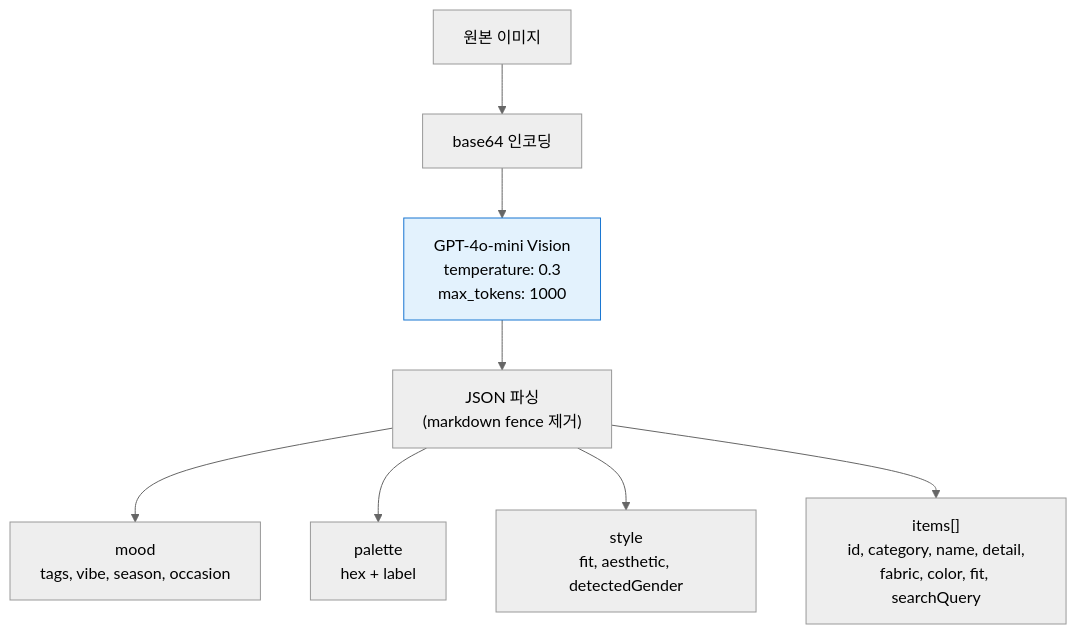
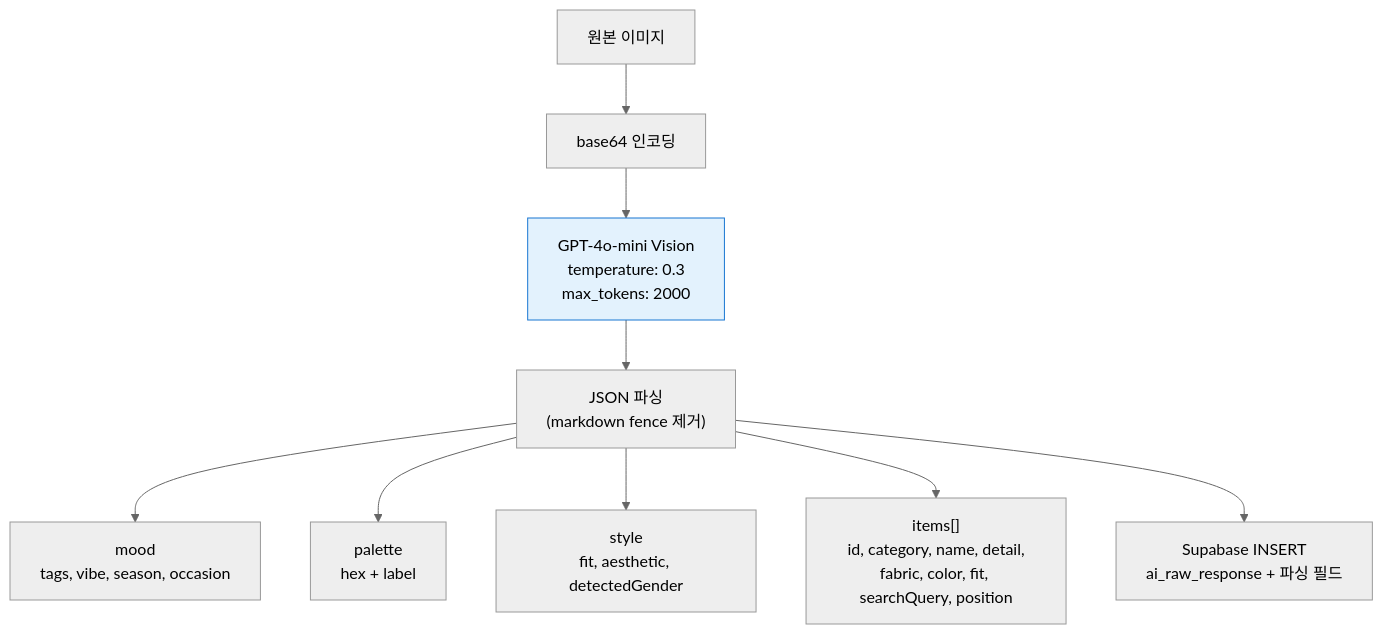
The third of 5 diagrams in docs/ARCHITECTURE.md (endurance-ai/portal.ai), drawn with Mermaid (neutral theme) before and after one commit. The commit also changed other lines of this file and 29 other files, not shown here.

````diff
--- a/docs/ARCHITECTURE.md
+++ b/docs/ARCHITECTURE.md
@@ -131,12 +140,13 @@
 ```mermaid
 flowchart TB
     IMG["원본 이미지"] --> B64["base64 인코딩"]
-    B64 --> GPT["GPT-4o-mini Vision<br/>temperature: 0.3<br/>max_tokens: 1000"]
+    B64 --> GPT["GPT-4o-mini Vision<br/>temperature: 0.3<br/>max_tokens: 2000"]
     GPT --> PARSE["JSON 파싱<br/>(markdown fence 제거)"]
     PARSE --> MOOD["mood<br/>tags, vibe, season, occasion"]
     PARSE --> PAL["palette<br/>hex + label"]
     PARSE --> STYLE["style<br/>fit, aesthetic, detectedGender"]
-    PARSE --> ITEMS["items[]<br/>id, category, name, detail,<br/>fabric, color, fit, searchQuery"]
+    PARSE --> ITEMS["items[]<br/>id, category, name, detail,<br/>fabric, color, fit, searchQuery, position"]
+    PARSE --> LOG["Supabase INSERT<br/>ai_raw_response + 파싱 필드"]
 
     style GPT fill:#E3F2FD,stroke:#1976D2
 ```
````
